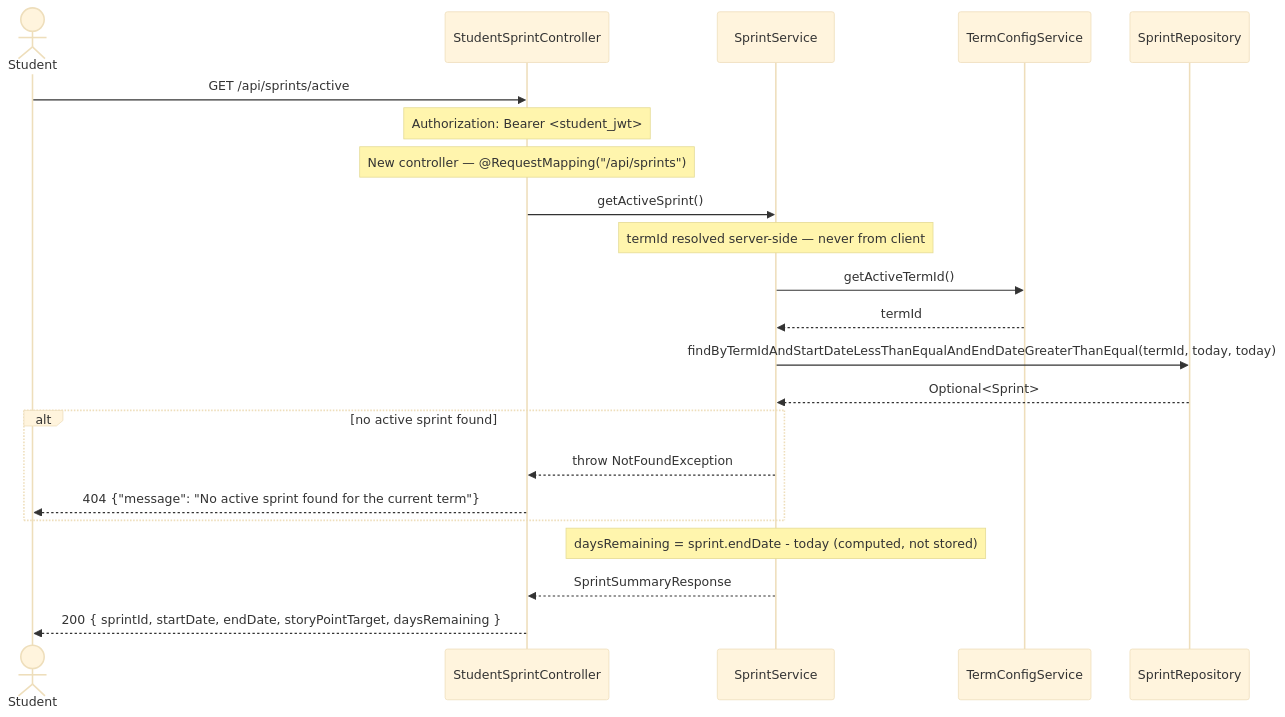
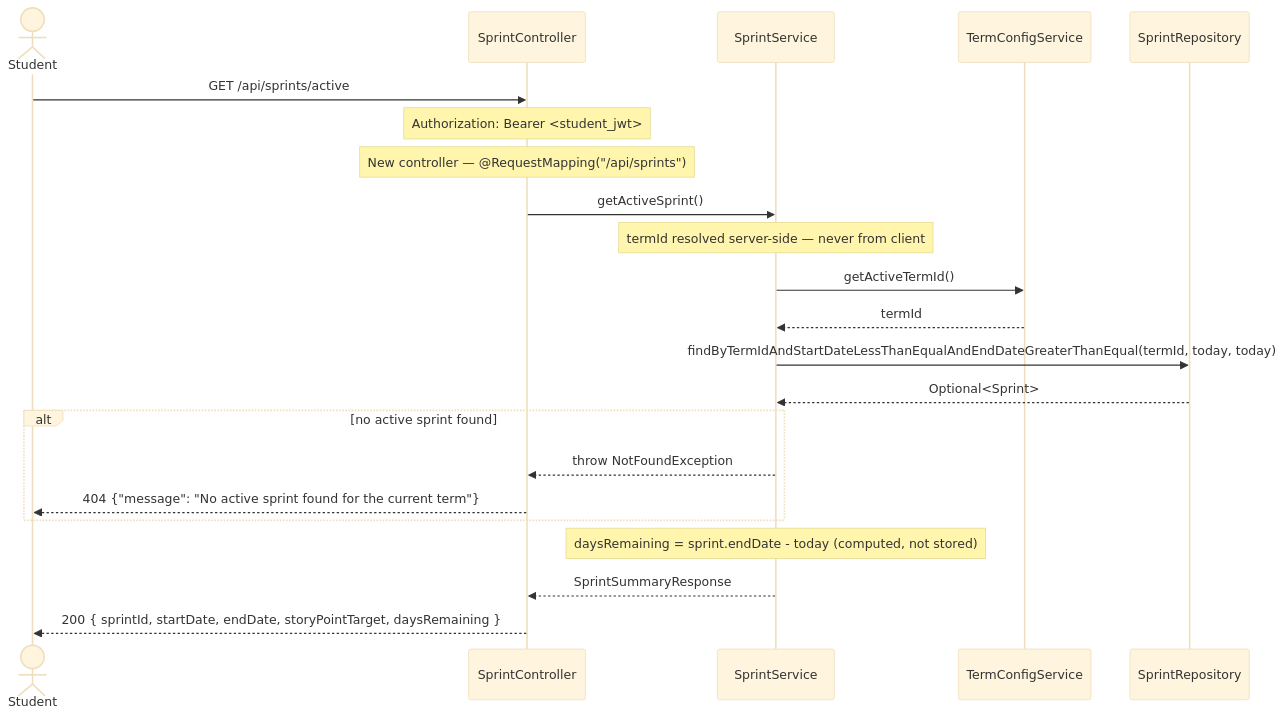
The first of 2 diagrams in docs/process5/sequences/5.6_student_sprint_view.md (SE3318-Spring-2025-2026/senior-app-6), drawn with Mermaid (base theme) before and after one commit. The commit also changed other lines of this file and 27 other files, not shown here.

````diff
--- a/docs/process5/sequences/5.6_student_sprint_view.md
+++ b/docs/process5/sequences/5.6_student_sprint_view.md
@@ -13,30 +13,30 @@
 ```mermaid
 sequenceDiagram
     actor Student
-    participant StudentSprintController
+    participant SprintController
     participant SprintService
     participant TermConfigService
     participant SprintRepository
 
-    Student->>StudentSprintController: GET /api/sprints/active
-    Note over StudentSprintController: Authorization: Bearer <student_jwt>
-    Note over StudentSprintController: New controller — @RequestMapping("/api/sprints")
+    Student->>SprintController: GET /api/sprints/active
+    Note over SprintController: Authorization: Bearer <student_jwt>
+    Note over SprintController: New controller — @RequestMapping("/api/sprints")
 
-    StudentSprintController->>SprintService: getActiveSprint()
+    SprintController->>SprintService: getActiveSprint()
 
     Note over SprintService: termId resolved server-side — never from client
     SprintService->>TermConfigService: getActiveTermId()
     TermConfigService-->>SprintService: termId
 
     SprintService->>SprintRepository: findByTermIdAndStartDateLessThanEqualAndEndDateGreaterThanEqual(termId, today, today)
     SprintRepository-->>SprintService: Optional<Sprint>
 
     alt no active sprint found
-        SprintService-->>StudentSprintController: throw NotFoundException
-        StudentSprintController-->>Student: 404 {"message": "No active sprint found for the current term"}
+        SprintService-->>SprintController: throw NotFoundException
+        SprintController-->>Student: 404 {"message": "No active sprint found for the current term"}
     end
 
     Note over SprintService: daysRemaining = sprint.endDate - today (computed, not stored)
-    SprintService-->>StudentSprintController: SprintSummaryResponse
-    StudentSprintController-->>Student: 200 { sprintId, startDate, endDate, storyPointTarget, daysRemaining }
+    SprintService-->>SprintController: SprintSummaryResponse
+    SprintController-->>Student: 200 { sprintId, startDate, endDate, storyPointTarget, daysRemaining }
 ```
````
